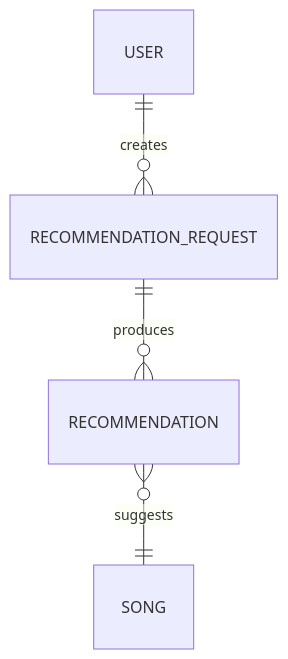
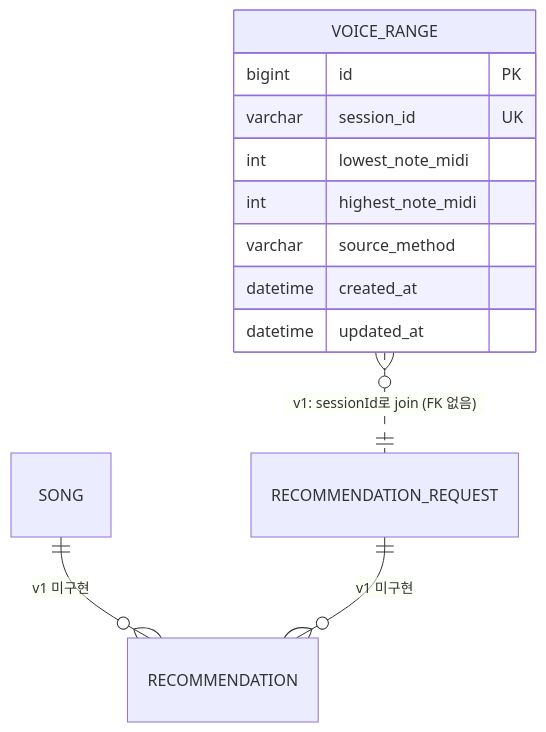
Before and after one commit to goohong/mobruji: the diagram in docs/ai-harness/06-domain-model.md, drawn with Mermaid. The commit also changed other lines of this file and 15 other files, not shown here.

First line of the commit message:
feat(voice): VoiceRange 엔티티 + 익명 세션 등록/조회/갱신 API

````diff
--- a/docs/ai-harness/06-domain-model.md
+++ b/docs/ai-harness/06-domain-model.md
@@ -43,6 +60,16 @@
 ```mermaid
 erDiagram
-    USER ||--o{ RECOMMENDATION_REQUEST : creates
-    RECOMMENDATION_REQUEST ||--o{ RECOMMENDATION : produces
-    RECOMMENDATION }o--|| SONG : suggests
+    VOICE_RANGE {
+        bigint id PK
+        varchar session_id UK
+        int lowest_note_midi
+        int highest_note_midi
+        varchar source_method
+        datetime created_at
+        datetime updated_at
+    }
+
+    SONG ||--o{ RECOMMENDATION : "v1 미구현"
+    RECOMMENDATION_REQUEST ||--o{ RECOMMENDATION : "v1 미구현"
+    VOICE_RANGE }o..|| RECOMMENDATION_REQUEST : "v1: sessionId로 join (FK 없음)"
 ```
````
